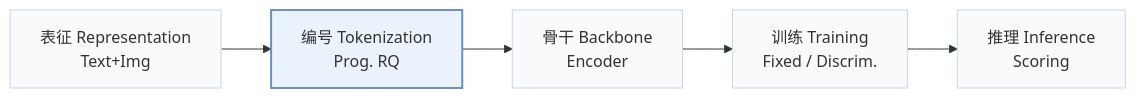
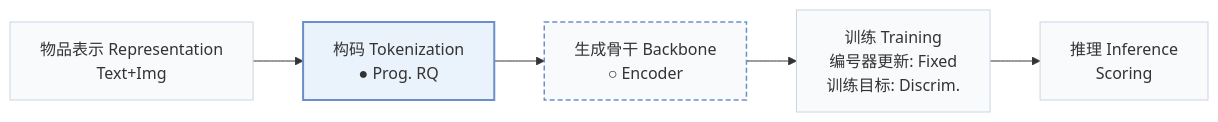
Before and after one commit to Galaxy-ghost/Awesome-SID-Generative-Rec: the first of 2 diagrams in pages/zh/papers/psrq.md, drawn with Mermaid. The commit also changed other lines of this file and 558 other files, not shown here.

````diff
--- a/pages/zh/papers/psrq.md
+++ b/pages/zh/papers/psrq.md
@@ -15,8 +18,10 @@
 ```mermaid
 flowchart LR
-    R["表征 Representation<br/>Text+Img"] --> T["编号 Tokenization<br/>Prog. RQ"] --> B["骨干 Backbone<br/>Encoder"] --> TR["训练 Training<br/>Fixed / Discrim."] --> I["推理 Inference<br/>Scoring"]
+    R["物品表示 Representation<br/>Text+Img"] --> T["构码 Tokenization<br/>● Prog. RQ"] --> B["生成骨干 Backbone<br/>○ Encoder"] --> TR["训练 Training<br/>编号器更新: Fixed<br/>训练目标: Discrim."] --> I["推理 Inference<br/>Scoring"]
     classDef base fill:#f8fafc,stroke:#cbd5e1
     class R,T,B,TR,I base
+    classDef other fill:#f8fafc,stroke:#6b8fc7,stroke-width:1.5px,stroke-dasharray:5 3
+    class B other
     classDef main fill:#eaf2fb,stroke:#6b8fc7,stroke-width:2px
     class T main
 ```
````
